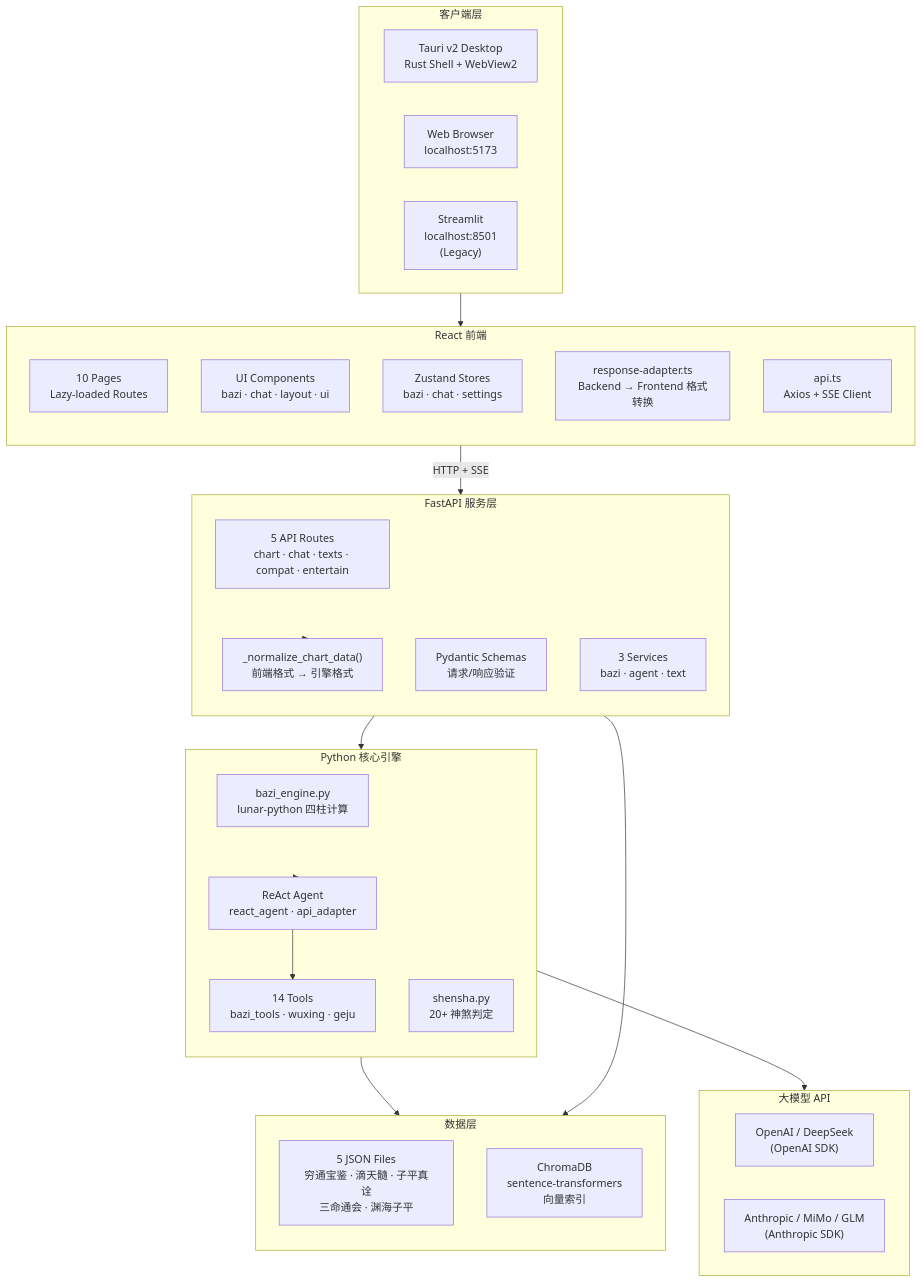
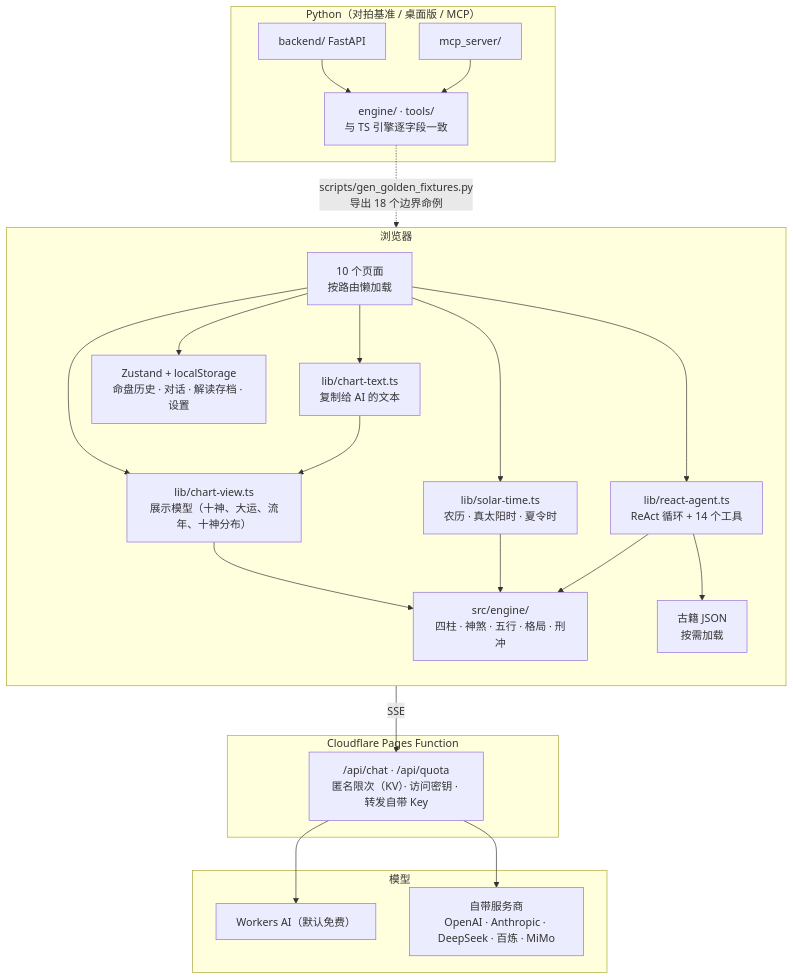
One commit to gaaiyun/FOR-BAZI changed the first of 12 diagrams in docs/ARCHITECTURE.md. Above: the diagram before and after it, drawn with Mermaid. The commit also changed other lines of this file and 4 other files, not shown here.

````diff
--- a/docs/ARCHITECTURE.md
+++ b/docs/ARCHITECTURE.md
@@ -9,55 +13,43 @@
 ```mermaid
 graph TB
-    subgraph Client["客户端层"]
-        direction LR
-        Tauri["Tauri v2 Desktop<br/>Rust Shell + WebView2"]
-        Web["Web Browser<br/>localhost:5173"]
-        Streamlit["Streamlit<br/>localhost:8501<br/>(Legacy)"]
+    subgraph Browser["浏览器"]
+        direction TB
+        Pages["10 个页面<br/>按路由懒加载"]
+        View["lib/chart-view.ts<br/>展示模型（十神、大运、流年、十神分布）"]
+        Text["lib/chart-text.ts<br/>复制给 AI 的文本"]
+        Birth["lib/solar-time.ts<br/>农历 · 真太阳时 · 夏令时"]
+        TSEngine["src/engine/<br/>四柱 · 神煞 · 五行 · 格局 · 刑冲"]
+        Agent["lib/react-agent.ts<br/>ReAct 循环 + 14 个工具"]
+        Books["古籍 JSON<br/>按需加载"]
+        Store["Zustand + localStorage<br/>命盘历史 · 对话 · 解读存档 · 设置"]
+        Pages --> View --> TSEngine
+        Pages --> Text --> View
+        Pages --> Birth --> TSEngine
+        Pages --> Agent --> TSEngine
+        Agent --> Books
+        Pages --> Store
     end
 
-    subgraph Frontend["React 前端"]
-        direction TB
-        Pages["10 Pages<br/>Lazy-loaded Routes"]
-        Components["UI Components<br/>bazi · chat · layout · ui"]
-        Stores["Zustand Stores<br/>bazi · chat · settings"]
-        Adapter["response-adapter.ts<br/>Backend → Frontend 格式转换"]
-        APIClient["api.ts<br/>Axios + SSE Client"]
+    subgraph Edge["Cloudflare Pages Function"]
+        GW["/api/chat · /api/quota<br/>匿名限次（KV）· 访问密钥 · 转发自带 Key"]
     end
 
-    subgraph Server["FastAPI 服务层"]
-        direction TB
-        Router["5 API Routes<br/>chart · chat · texts · compat · entertain"]
-        Schemas["Pydantic Schemas<br/>请求/响应验证"]
-        Services["3 Services<br/>bazi · agent · text"]
-        Normalize["_normalize_chart_data()<br/>前端格式 → 引擎格式"]
+    subgraph Models["模型"]
+        WAI["Workers AI（默认免费）"]
+        BYO["自带服务商<br/>OpenAI · Anthropic · DeepSeek · 百炼 · MiMo"]
     end
 
-    subgraph Core["Python 核心引擎"]
-        direction TB
-        Engine["bazi_engine.py<br/>lunar-python 四柱计算"]
-        Shensha["shensha.py<br/>20+ 神煞判定"]
-        Tools["14 Tools<br/>bazi_tools · wuxing · geju"]
-        AgentCore["ReAct Agent<br/>react_agent · api_adapter"]
+    Agent -->|SSE| GW
+    GW --> WAI
+    GW --> BYO
+
+    subgraph Python["Python（对拍基准 / 桌面版 / MCP）"]
+        PyEngine["engine/ · tools/<br/>与 TS 引擎逐字段一致"]
+        Backend["backend/ FastAPI"]
+        MCP["mcp_server/"]
+        Backend --> PyEngine
+        MCP --> PyEngine
     end
 
-    subgraph DataStore["数据层"]
-        direction TB
-        Texts["5 JSON Files<br/>穷通宝鉴 · 滴天髓 · 子平真诠<br/>三命通会 · 渊海子平"]
-        Chroma["ChromaDB<br/>sentence-transformers<br/>向量索引"]
-    end
-
-    subgraph LLM["大模型 API"]
-        OpenAI["OpenAI / DeepSeek<br/>(OpenAI SDK)"]
-        Anthropic["Anthropic / MiMo / GLM<br/>(Anthropic SDK)"]
-    end
-
-    Client --> Frontend
-    Frontend -->|HTTP + SSE| Server
-    Server --> Normalize
-    Normalize --> Core
-    Server --> DataStore
-    Core --> AgentCore
-    AgentCore --> Tools
-    AgentCore --> LLM
-    Tools --> DataStore
+    PyEngine -. "scripts/gen_golden_fixtures.py<br/>导出 18 个边界命例" .-> TSEngine
 ```
````
